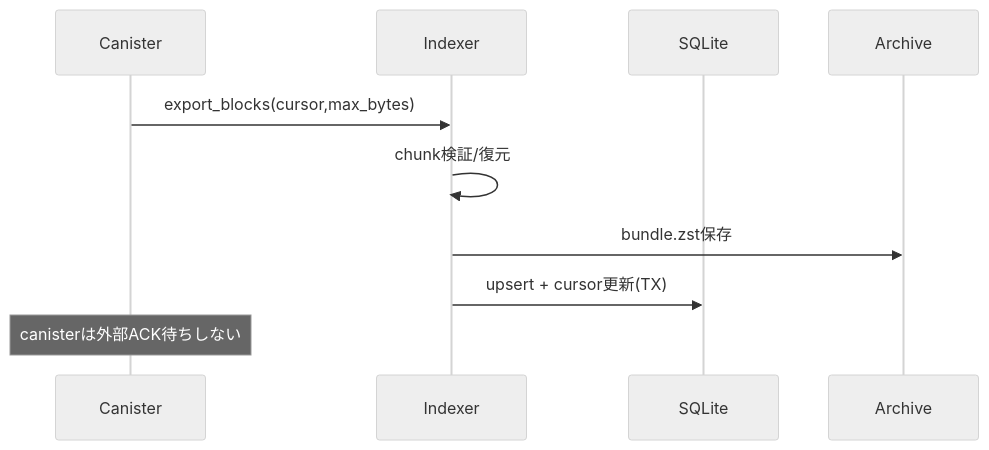
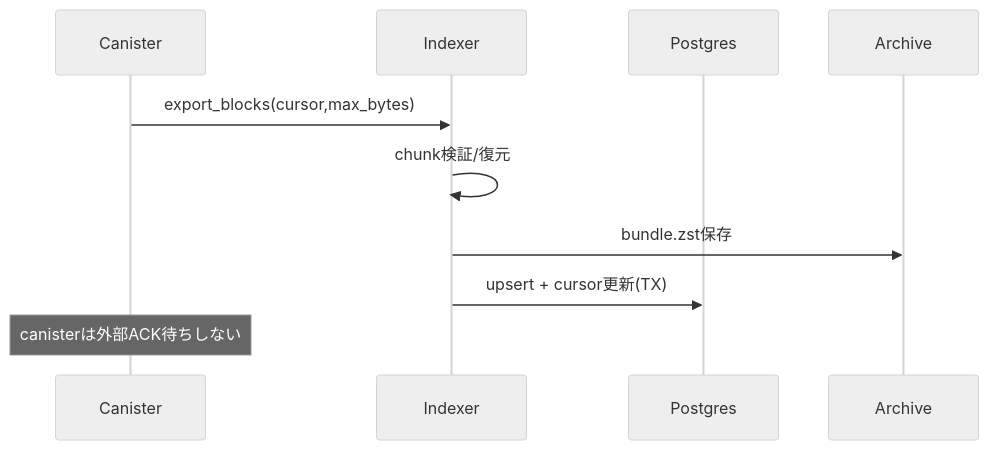
One commit to humandebri/Kasane changed the second of 3 diagrams in whitepaper.md. Above: the diagram before and after it, drawn with Mermaid (neutral theme). The commit also changed other lines of this file, not shown here.

````diff
--- a/whitepaper.md
+++ b/whitepaper.md
@@ -145,12 +145,12 @@
 ```mermaid
 sequenceDiagram
     participant C as Canister
     participant I as Indexer
-    participant D as SQLite
+    participant D as Postgres
     participant A as Archive
     C->>I: export_blocks(cursor,max_bytes)
     I->>I: chunk検証/復元
     I->>A: bundle.zst保存
     I->>D: upsert + cursor更新(TX)
     Note over C: canisterは外部ACK待ちしない
 ```
````
